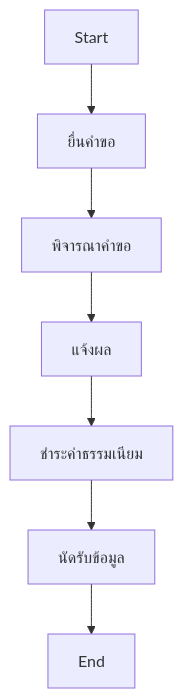
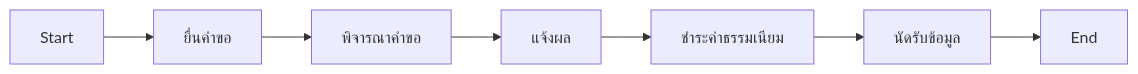
The diagram in README.md (Kietpawpan/developer), drawn with Mermaid before and after one commit.

````diff
--- a/README.md
+++ b/README.md
@@ -26,9 +26,9 @@
 ```mermaid
-flowchart TD
+flowchart LR
     A[Start] --> B[ยื่นคำขอ]
     B --> C[พิจารณาคำขอ]
 C-->D[แจ้งผล]
 D-->E[ชำระค่าธรรมเนียม]
 E-->F[นัดรับข้อมูล]
 F-->G[End]
 ```
````
